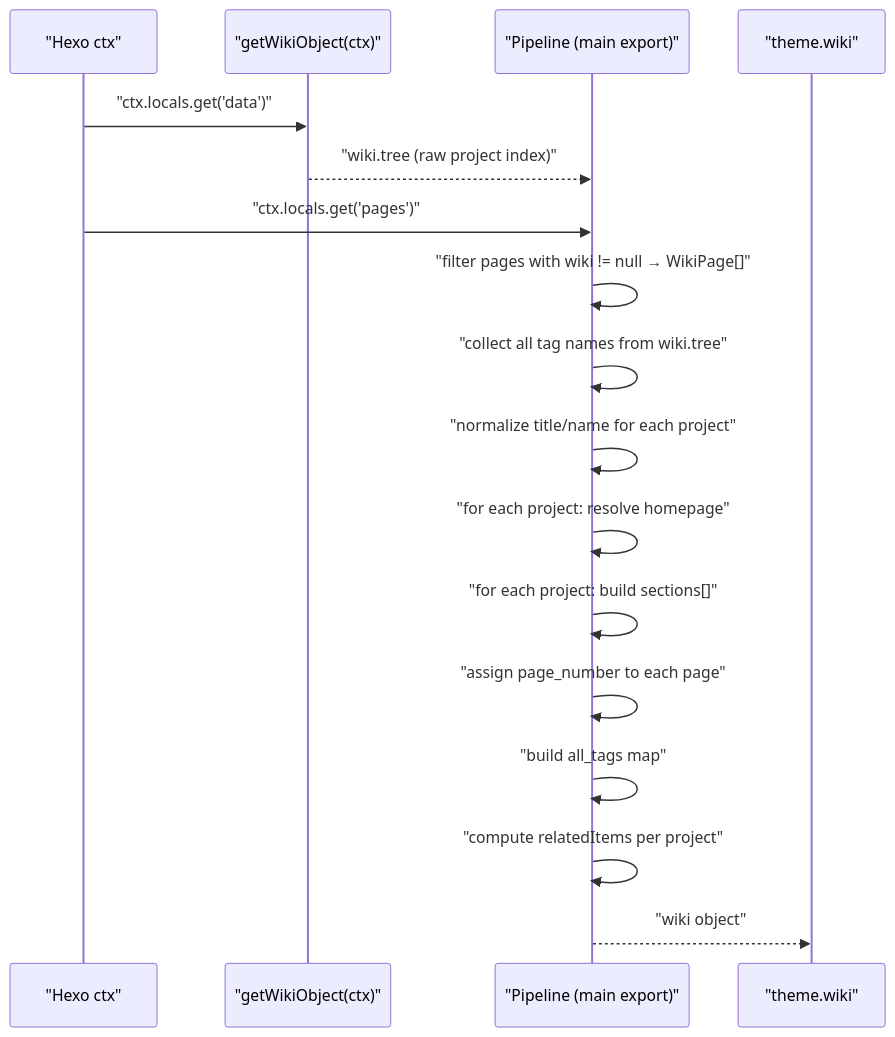
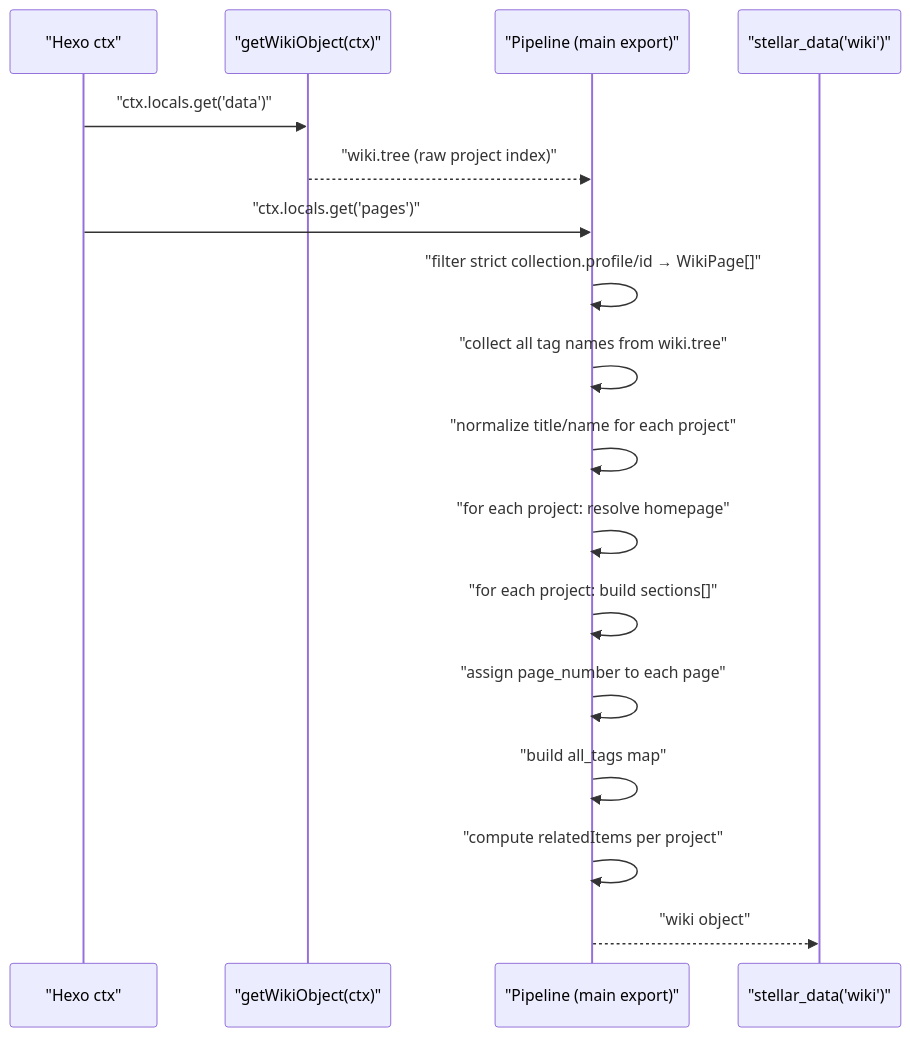
The second of 6 diagrams in docs/knowledge/03-内容系统/wiki-docs.md (xaoxuu/hexo-theme-stellar), drawn with Mermaid before and after one commit. The commit also changed other lines of this file and 861 other files, not shown here.

````diff
--- a/docs/knowledge/03-内容系统/wiki-docs.md
+++ b/docs/knowledge/03-内容系统/wiki-docs.md
@@ -249,20 +293,20 @@
 ```mermaid
 sequenceDiagram
     participant H as "Hexo ctx"
     participant G as "getWikiObject(ctx)"
     participant P as "Pipeline (main export)"
-    participant T as "theme.wiki"
+    participant T as "stellar_data('wiki')"
 
     H->>G: "ctx.locals.get('data')"
     G-->>P: "wiki.tree (raw project index)"
     H->>P: "ctx.locals.get('pages')"
-    P->>P: "filter pages with wiki != null → WikiPage[]"
+    P->>P: "filter strict collection.profile/id → WikiPage[]"
     P->>P: "collect all tag names from wiki.tree"
     P->>P: "normalize title/name for each project"
     P->>P: "for each project: resolve homepage"
     P->>P: "for each project: build sections[]"
     P->>P: "assign page_number to each page"
     P->>P: "build all_tags map"
     P->>P: "compute relatedItems per project"
     P-->>T: "wiki object"
 ```
````
